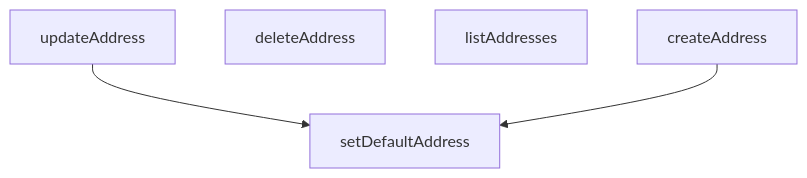
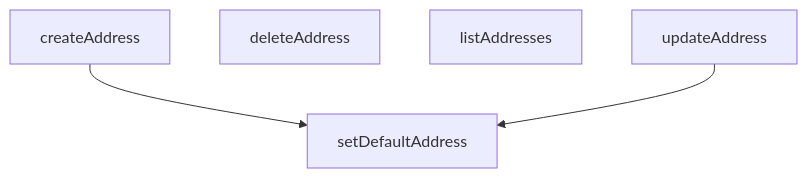
The diagram in src/lib/services/address.service.md (peckop/venthub-hvac-esite), drawn with Mermaid before and after one commit. The commit also changed other lines of this file and 113 other files, not shown here.

````diff
--- a/src/lib/services/address.service.md
+++ b/src/lib/services/address.service.md
@@ -148,10 +159,10 @@
 ```mermaid
 graph TD
     address_service_ts__createAddress["createAddress"]
     address_service_ts__deleteAddress["deleteAddress"]
     address_service_ts__listAddresses["listAddresses"]
     address_service_ts__setDefaultAddress["setDefaultAddress"]
     address_service_ts__updateAddress["updateAddress"]
+    address_service_ts__createAddress --> address_service_ts__setDefaultAddress
     address_service_ts__updateAddress --> address_service_ts__setDefaultAddress
-    address_service_ts__createAddress --> address_service_ts__setDefaultAddress
 ```
````
